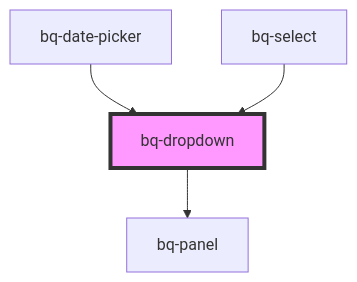
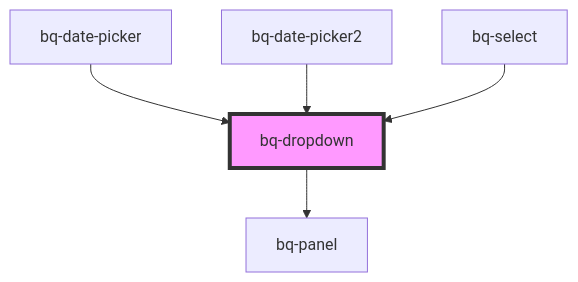
Before and after one commit to Endava/BEEQ: the diagram in packages/beeq/src/components/dropdown/readme.md, drawn with Mermaid. The commit also changed other lines of this file and 22 other files, not shown here.

First line of the commit message:
feat(DatePicker2): add new date picker component with selection logic

````diff
--- a/packages/beeq/src/components/dropdown/readme.md
+++ b/packages/beeq/src/components/dropdown/readme.md
@@ -66,7 +67,8 @@
 ```mermaid
 graph TD;
   bq-dropdown --> bq-panel
   bq-date-picker --> bq-dropdown
+  bq-date-picker2 --> bq-dropdown
   bq-select --> bq-dropdown
   style bq-dropdown fill:#f9f,stroke:#333,stroke-width:4px
 ```
````
